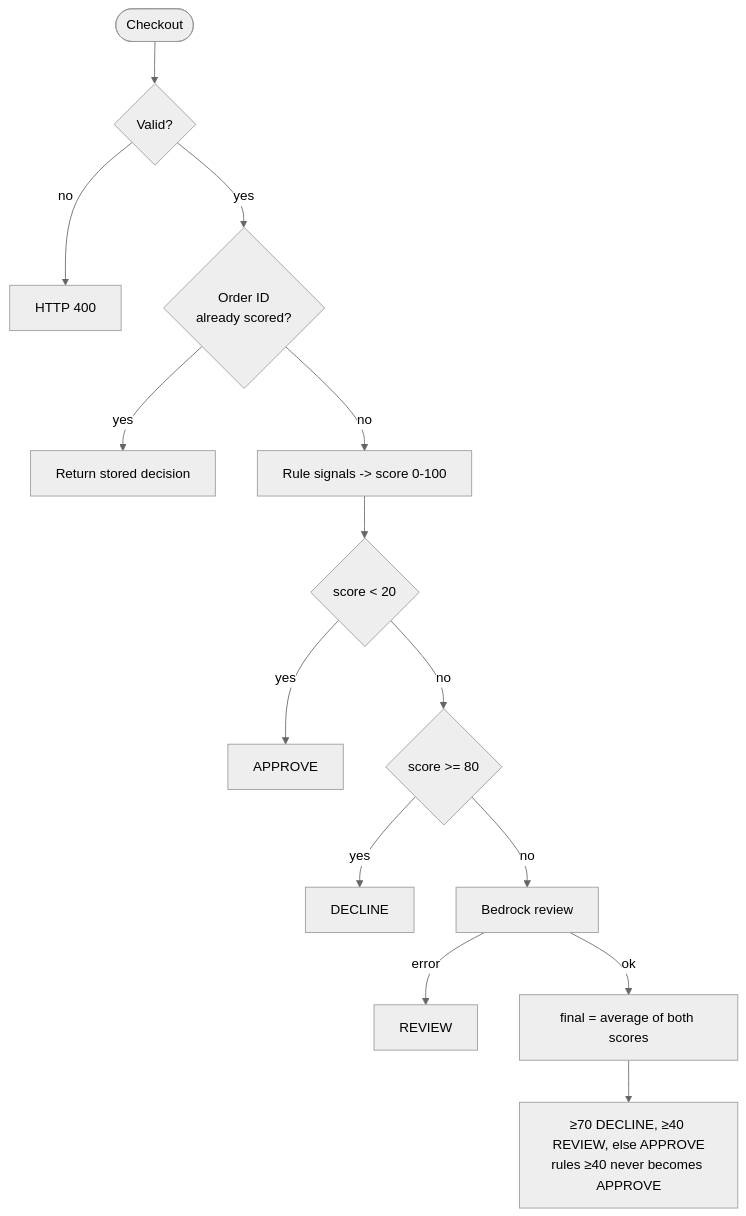
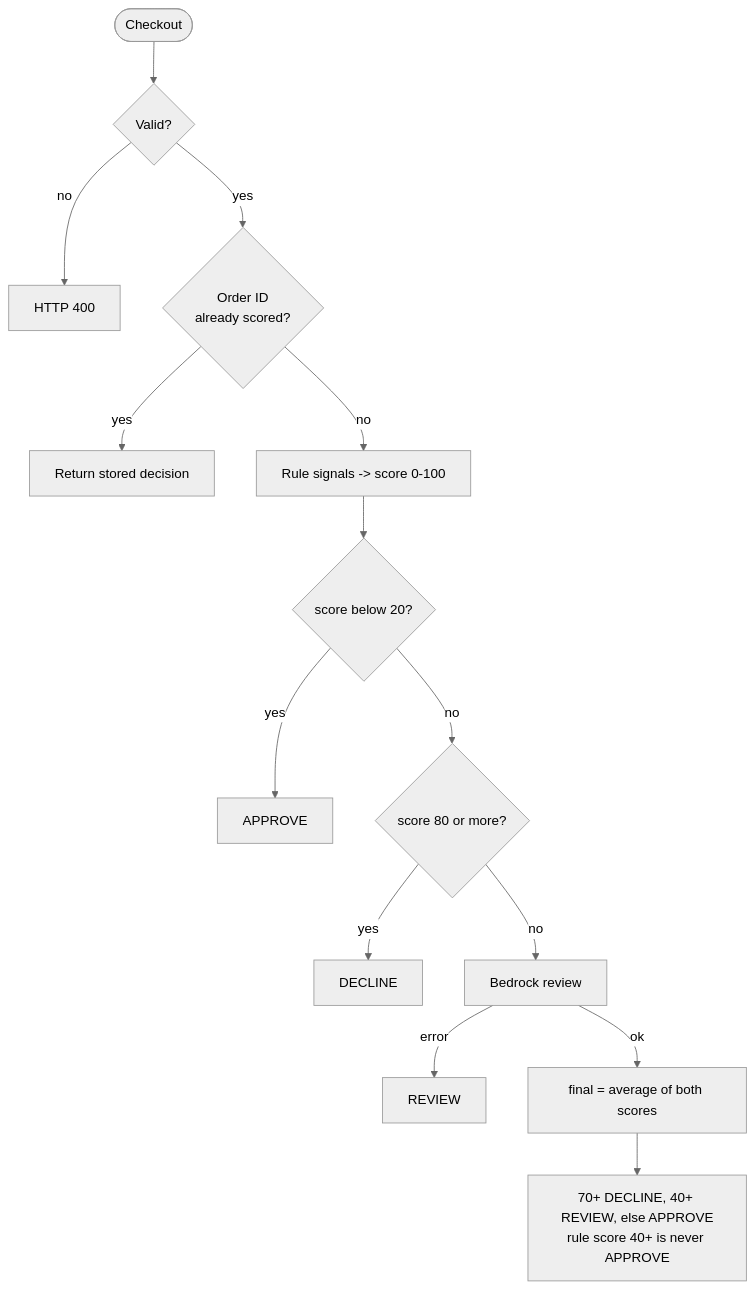
The second of 2 diagrams in README.md (humzamalak/serverless-checkout-fraud-detector), drawn with Mermaid (neutral theme) before and after one commit.

Commit message:
Use plain text in Mermaid labels
Claude-Session: https://claude.ai/code/session_01QdFNaQFDFsWLDfkrYEKb7t

````diff
--- a/README.md
+++ b/README.md
@@ -21,16 +21,16 @@
 ```mermaid
 flowchart TD
     start([Checkout]) --> v{Valid?}
     v -- no --> e400[HTTP 400]
     v -- yes --> seen{Order ID<br/>already scored?}
     seen -- yes --> replay[Return stored decision]
     seen -- no --> rules[Rule signals -> score 0-100]
-    rules --> low{score &lt; 20}
+    rules --> low{score below 20?}
     low -- yes --> approve[APPROVE]
-    low -- no --> high{score &gt;= 80}
+    low -- no --> high{score 80 or more?}
     high -- yes --> decline[DECLINE]
     high -- no --> llm[Bedrock review]
     llm -- error --> review[REVIEW]
     llm -- ok --> combine[final = average of both scores]
-    combine --> out[&ge;70 DECLINE, &ge;40 REVIEW, else APPROVE<br/>rules &ge;40 never becomes APPROVE]
+    combine --> out[70+ DECLINE, 40+ REVIEW, else APPROVE<br/>rule score 40+ is never APPROVE]
 ```
````
